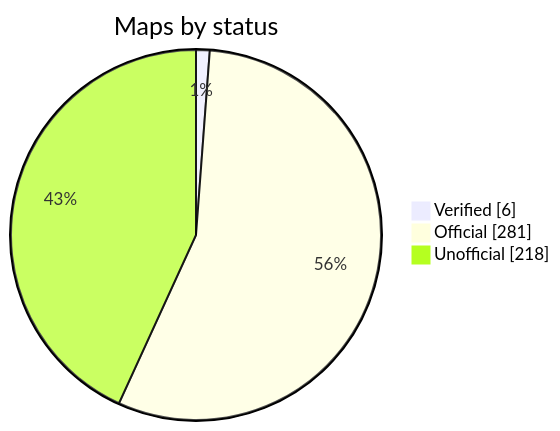
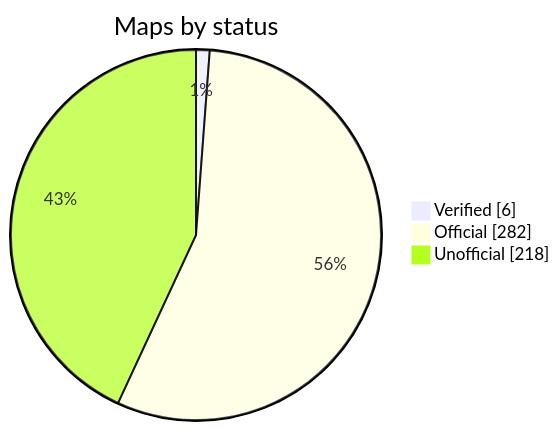
The diagram in README.md (nobrega8/mbmap-library), drawn with Mermaid before and after one commit. The commit also changed 2 other files, not shown here.

Commit message:
Add the Electools EXM-3112 map (#113)

````diff
--- a/README.md
+++ b/README.md
@@ -50,7 +50,7 @@
 ```mermaid
 pie showData
     title Maps by status
     "Verified" : 6
-    "Official" : 281
+    "Official" : 282
     "Unofficial" : 218
 ```
````
